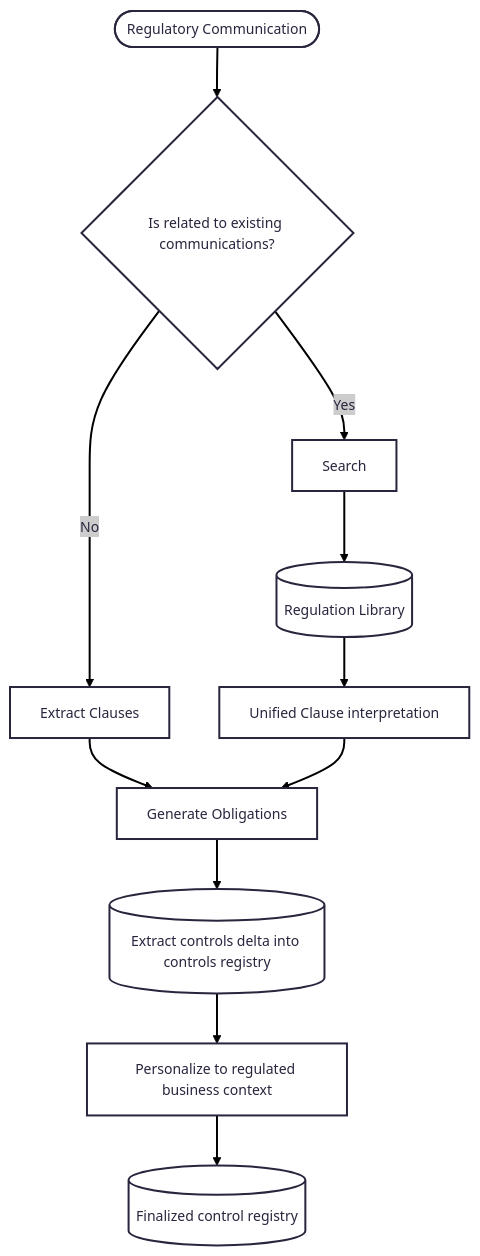
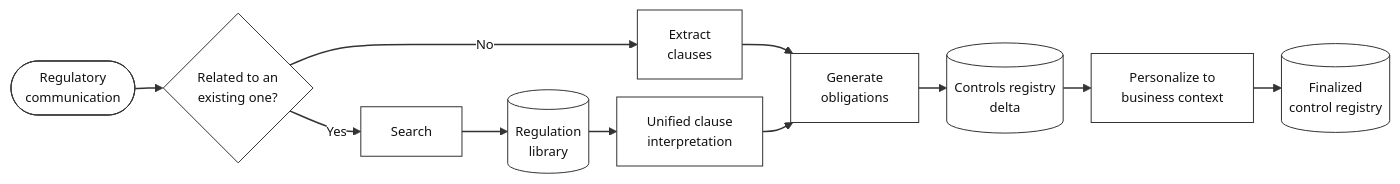
One commit to OnFinance/Maxwell changed the third of 3 diagrams in README.md. Above: the diagram before and after it, drawn with Mermaid.

Commit message:
Make the control generation diagram compact with visible arrows and borders
The redux theme is not available to every Mermaid renderer, which drew no arrows and
broken borders. Use the base theme with explicit node and link styles, left-to-right
layout, tighter spacing and shorter labels.

````diff
--- a/README.md
+++ b/README.md
@@ -305,12 +305,13 @@
 ```mermaid
----
-config:
-      theme: redux
----
-flowchart TD
-  A(["Regulatory Communication"])
-  A --> B{"Is related to existing communications?"}
-  B --> |No| C["Extract Clauses"] --> E["Generate Obligations"]
-  B --> |Yes| D["Search"] --> RL[("Regulation Library")] --> CI["Unified Clause interpretation"]
-  CI --> E --> CTRL[("Extract controls delta into controls registry")] --> CTX["Personalize to regulated business context"] --> CTRLF[("Finalized control registry")]
+%%{init: {"theme": "base", "themeVariables": {"fontSize": "13px", "primaryColor": "#ffffff", "primaryBorderColor": "#333333", "primaryTextColor": "#111111", "lineColor": "#333333"}, "flowchart": {"nodeSpacing": 18, "rankSpacing": 28, "curve": "basis"}}}%%
+flowchart LR
+  A(["Regulatory<br/>communication"]) --> B{"Related to an<br/>existing one?"}
+  B -- No --> C["Extract<br/>clauses"]
+  B -- Yes --> D["Search"] --> RL[("Regulation<br/>library")] --> CI["Unified clause<br/>interpretation"]
+  C --> E["Generate<br/>obligations"]
+  CI --> E
+  E --> CTRL[("Controls registry<br/>delta")] --> CTX["Personalize to<br/>business context"] --> F[("Finalized<br/>control registry")]
+  classDef n fill:#ffffff,stroke:#333333,stroke-width:1px,color:#111111
+  class A,B,C,D,RL,CI,E,CTRL,CTX,F n
+  linkStyle default stroke:#333333,stroke-width:1.5px
 ```
````
